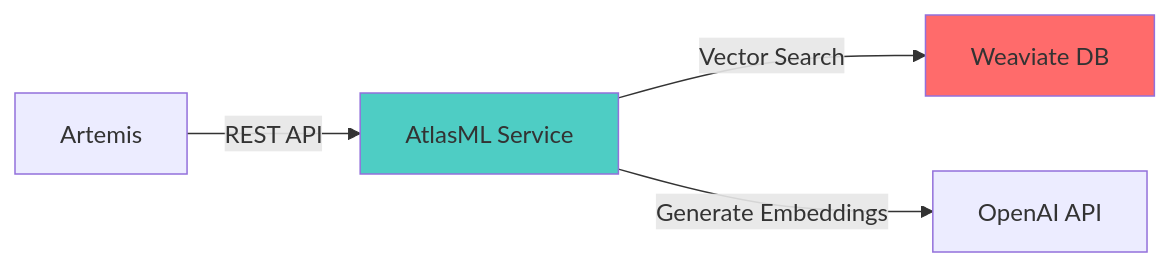
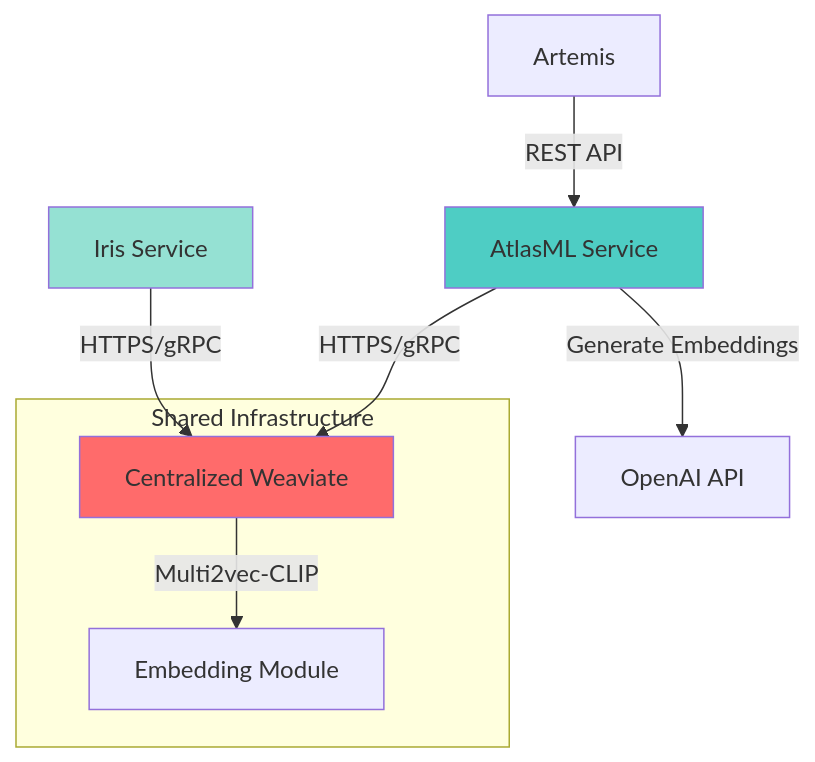
One commit to ls1intum/edutelligence changed the diagram in atlas/docs/docs/admin/atlasml-overview.md. Above: the diagram before and after it, drawn with Mermaid. The commit also changed other lines of this file and 3 other files, not shown here.

````diff
--- a/atlas/docs/docs/admin/atlasml-overview.md
+++ b/atlas/docs/docs/admin/atlasml-overview.md
@@ -51,9 +51,18 @@
 ```mermaid
-graph LR
+graph TB
     A[Artemis] -->|REST API| B[AtlasML Service]
-    B -->|Vector Search| C[Weaviate DB]
+    B -->|HTTPS/gRPC| C[Centralized Weaviate]
     B -->|Generate Embeddings| D[OpenAI API]
+    E[Iris Service] -->|HTTPS/gRPC| C
+
+    C -->|Multi2vec-CLIP| F[Embedding Module]
+
+    subgraph "Shared Infrastructure"
+    C
+    F
+    end
 
     style B fill:#4ECDC4
     style C fill:#FF6B6B
+    style E fill:#95E1D3
 ```
````
